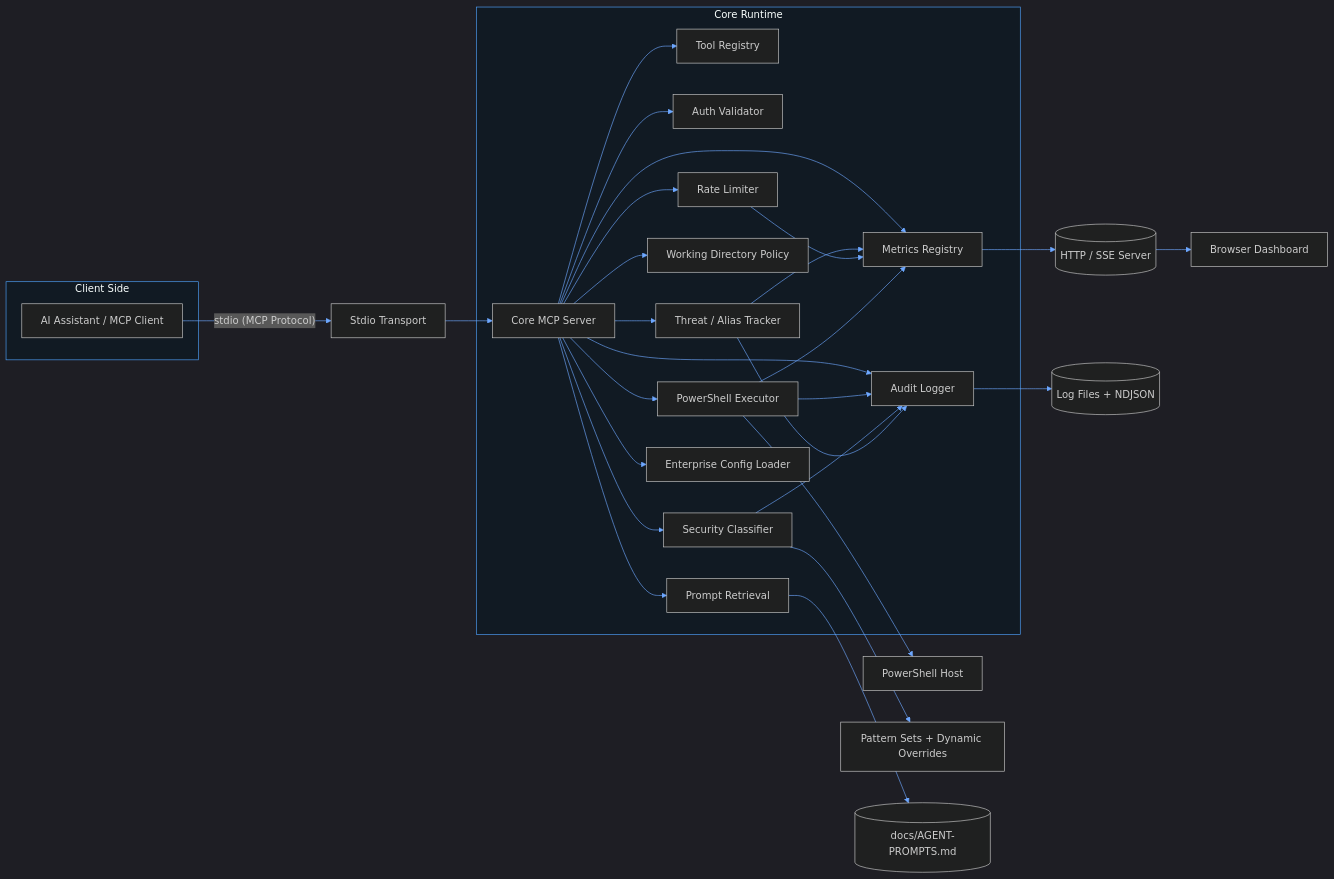
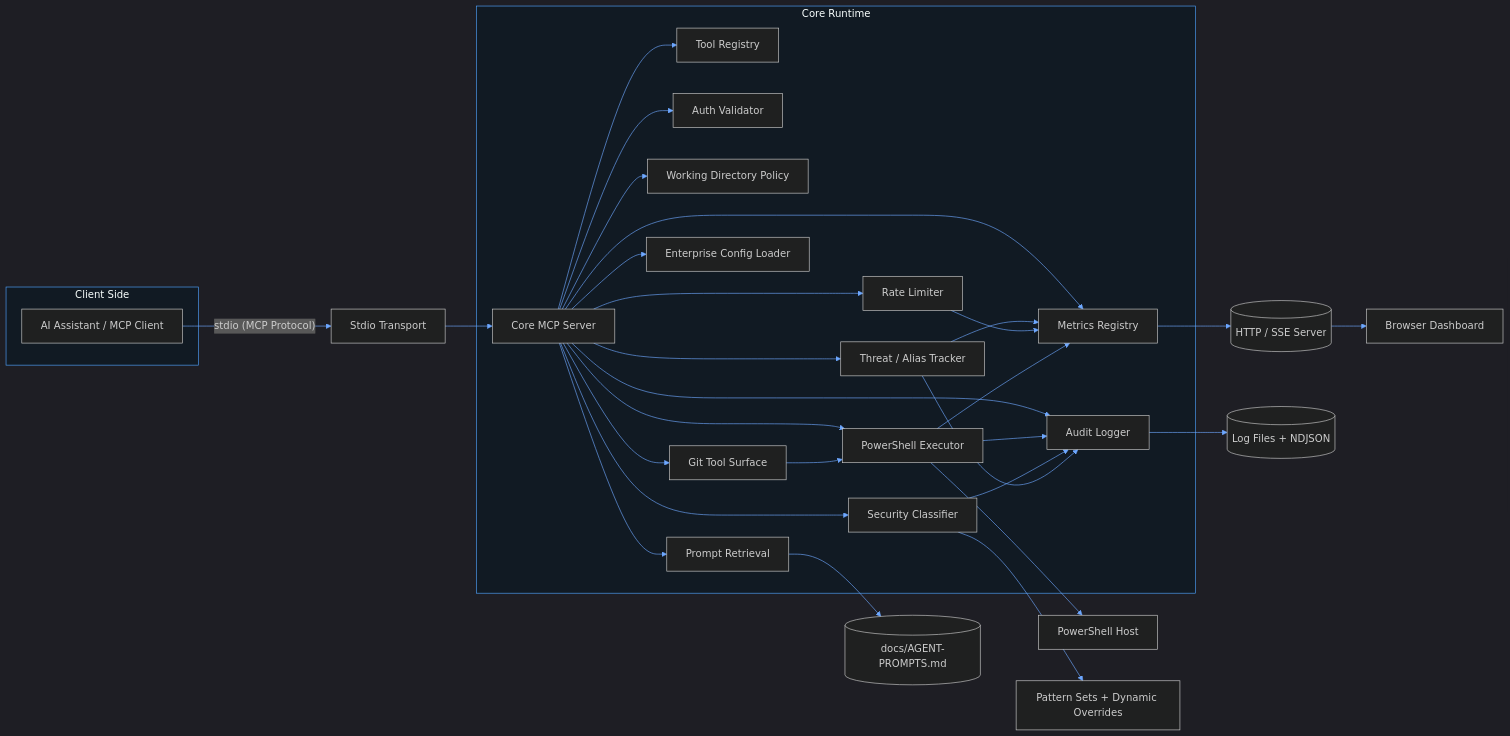
The first of 10 diagrams in docs/ARCHITECTURE.md (jagilber-org/powershell-mcp-server), drawn with Mermaid before and after one commit. The commit also changed other lines of this file and 2 other files, not shown here.

Commit message:
docs(architecture): update diagrams, ps metrics docs, add git tools; bump 1.2.0

````diff
--- a/docs/ARCHITECTURE.md
+++ b/docs/ARCHITECTURE.md
@@ -9,36 +9,38 @@
 ```mermaid
 %%{init: {'theme':'dark','themeVariables': { 'primaryColor': '#1e2730','primaryTextColor':'#e6f1ff','primaryBorderColor':'#4fa3ff','lineColor':'#6ea8ff','secondaryColor':'#2a3542','tertiaryColor':'#16202a','nodeTextColor':'#e6f1ff','clusterBkg':'#111a23','clusterBorder':'#4fa3ff','noteBkgColor':'#2d3640','noteTextColor':'#e6f1ff','fontFamily':'Segoe UI,Inter,Arial'}}}%%
 flowchart LR
     subgraph Client Side
         A[AI Assistant / MCP Client]
     end
     A -- stdio (MCP Protocol) --> T[Stdio Transport]
     T --> C[Core MCP Server]
 
     subgraph Core Runtime
         C --> TOOLREG[Tool Registry]
         C --> AUTH[Auth Validator]
         C --> RL[Rate Limiter]
         C --> SEC[Security Classifier]
         C --> WD[Working Directory Policy]
         C --> EXEC[PowerShell Executor]
         C --> LOG[Audit Logger]
         C --> THREAT[Threat / Alias Tracker]
-        C --> METRICS[Metrics Registry]
+    C --> METRICS[Metrics Registry]
         C --> PROMPTS[Prompt Retrieval]
         C --> CONFIG[Enterprise Config Loader]
+    C --> GITTOOLS[Git Tool Surface]
     end
 
     EXEC --> PS[PowerShell Host]
     SEC --> PATTERNS[Pattern Sets + Dynamic Overrides]
     METRICS --> HTTP[(HTTP / SSE Server)]
+    GITTOOLS --> EXEC
     HTTP --> DASH[Browser Dashboard]
     LOG --> FILES[(Log Files + NDJSON)]
     THREAT --> METRICS
     RL --> METRICS
     EXEC --> METRICS
     EXEC --> LOG
     SEC --> LOG
     THREAT --> LOG
     PROMPTS --> FILEPROMPTS[(docs/AGENT-PROMPTS.md)]
 ```
````
